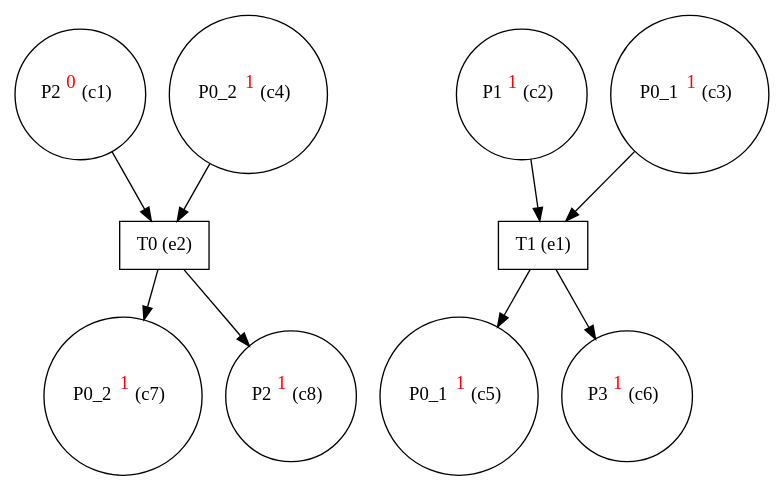
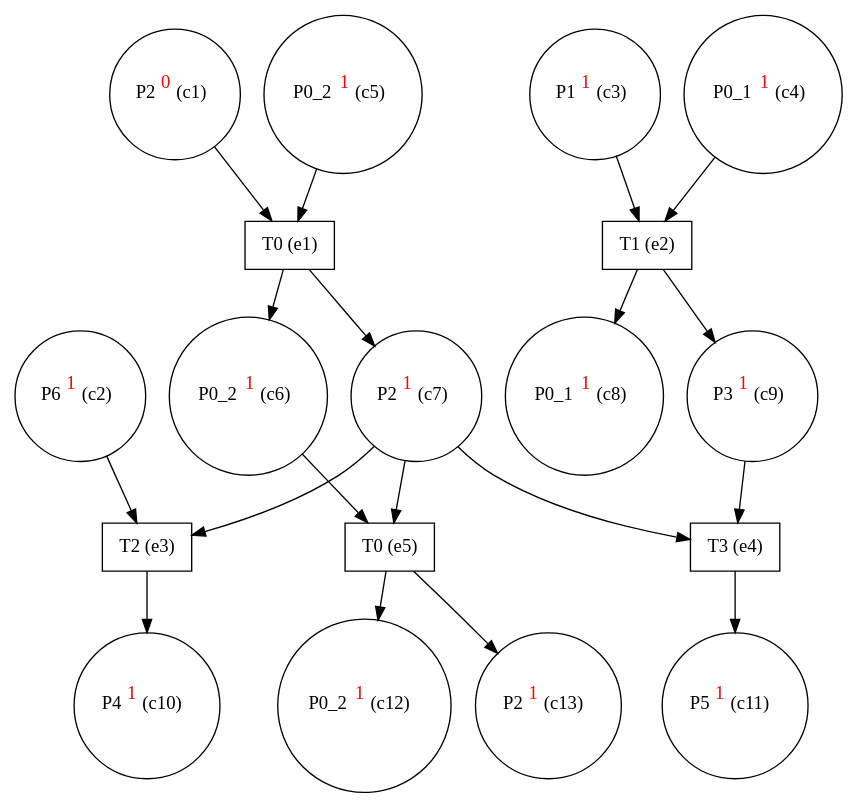
One commit to giannkas/ecofolder changed the diagram in rs-rd_small_eg.dot. Above: the diagram before and after it, drawn with Graphviz. The commit also changed 18 other files, not shown here.

```diff
--- a/rs-rd_small_eg.dot
+++ b/rs-rd_small_eg.dot
@@ -1,20 +1,38 @@
 digraph test {
-  c1 -> e2;
-  c2 -> e1;
-  c3 -> e1;
+  c1 -> e1;
+  c2 -> e3;
+  c3 -> e2;
   c4 -> e2;
-  e1 -> c5;
+  c5 -> e1;
   e1 -> c6;
-  e2 -> c7;
+  c6 -> e5;
+  e1 -> c7;
+  c7 -> e4;
+  c7 -> e3;
+  c7 -> e5;
   e2 -> c8;
+  e2 -> c9;
+  c9 -> e4;
+  e3 -> c10;
+  e4 -> c11;
+  e5 -> c12;
+  e5 -> c13;
   c1 [label= <P2<FONT COLOR="red"><SUP>0</SUP></FONT>&nbsp;(c1)> shape=circle];
-  c2 [label= <P1<FONT COLOR="red"><SUP>1</SUP></FONT>&nbsp;(c2)> shape=circle];
-  c3 [label= <P0_1<FONT COLOR="red"><SUP>1</SUP></FONT>&nbsp;(c3)> shape=circle];
-  c4 [label= <P0_2<FONT COLOR="red"><SUP>1</SUP></FONT>&nbsp;(c4)> shape=circle];
-  c5 [label= <P0_1<FONT COLOR="red"><SUP>1</SUP></FONT>&nbsp;(c5)> shape=circle];
-  c6 [label= <P3<FONT COLOR="red"><SUP>1</SUP></FONT>&nbsp;(c6)> shape=circle];
-  c7 [label= <P0_2<FONT COLOR="red"><SUP>1</SUP></FONT>&nbsp;(c7)> shape=circle];
-  c8 [label= <P2<FONT COLOR="red"><SUP>1</SUP></FONT>&nbsp;(c8)> shape=circle];
-  e1 [label="T1 (e1)" shape=box];
-  e2 [label="T0 (e2)" shape=box];
+  c2 [label= <P6<FONT COLOR="red"><SUP>1</SUP></FONT>&nbsp;(c2)> shape=circle];
+  c3 [label= <P1<FONT COLOR="red"><SUP>1</SUP></FONT>&nbsp;(c3)> shape=circle];
+  c4 [label= <P0_1<FONT COLOR="red"><SUP>1</SUP></FONT>&nbsp;(c4)> shape=circle];
+  c5 [label= <P0_2<FONT COLOR="red"><SUP>1</SUP></FONT>&nbsp;(c5)> shape=circle];
+  c6 [label= <P0_2<FONT COLOR="red"><SUP>1</SUP></FONT>&nbsp;(c6)> shape=circle];
+  c7 [label= <P2<FONT COLOR="red"><SUP>1</SUP></FONT>&nbsp;(c7)> shape=circle];
+  c8 [label= <P0_1<FONT COLOR="red"><SUP>1</SUP></FONT>&nbsp;(c8)> shape=circle];
+  c9 [label= <P3<FONT COLOR="red"><SUP>1</SUP></FONT>&nbsp;(c9)> shape=circle];
+  c10 [label= <P4<FONT COLOR="red"><SUP>1</SUP></FONT>&nbsp;(c10)> shape=circle];
+  c11 [label= <P5<FONT COLOR="red"><SUP>1</SUP></FONT>&nbsp;(c11)> shape=circle];
+  c12 [label= <P0_2<FONT COLOR="red"><SUP>1</SUP></FONT>&nbsp;(c12)> shape=circle];
+  c13 [label= <P2<FONT COLOR="red"><SUP>1</SUP></FONT>&nbsp;(c13)> shape=circle];
+  e1 [label="T0 (e1)" shape=box];
+  e2 [label="T1 (e2)" shape=box];
+  e3 [label="T2 (e3)" shape=box];
+  e4 [label="T3 (e4)" shape=box];
+  e5 [label="T0 (e5)" shape=box];
 }
```
